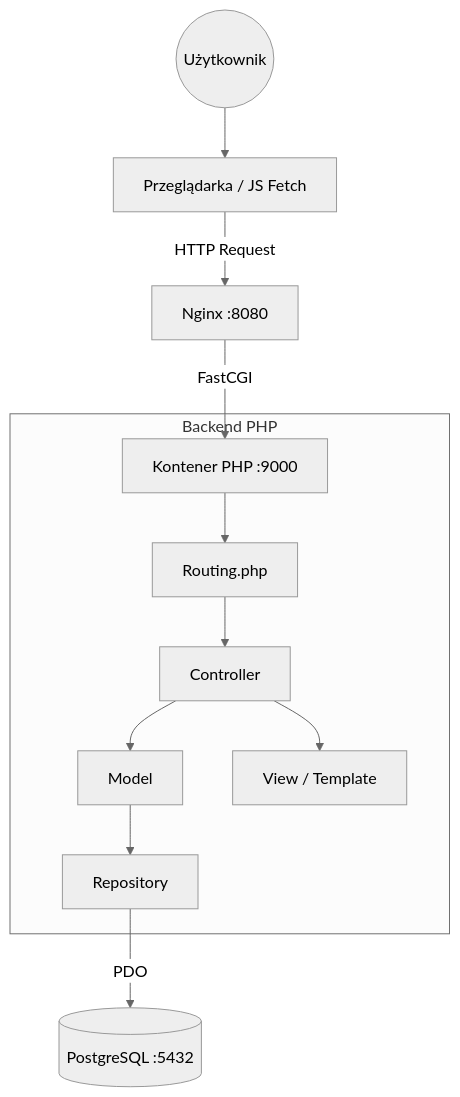
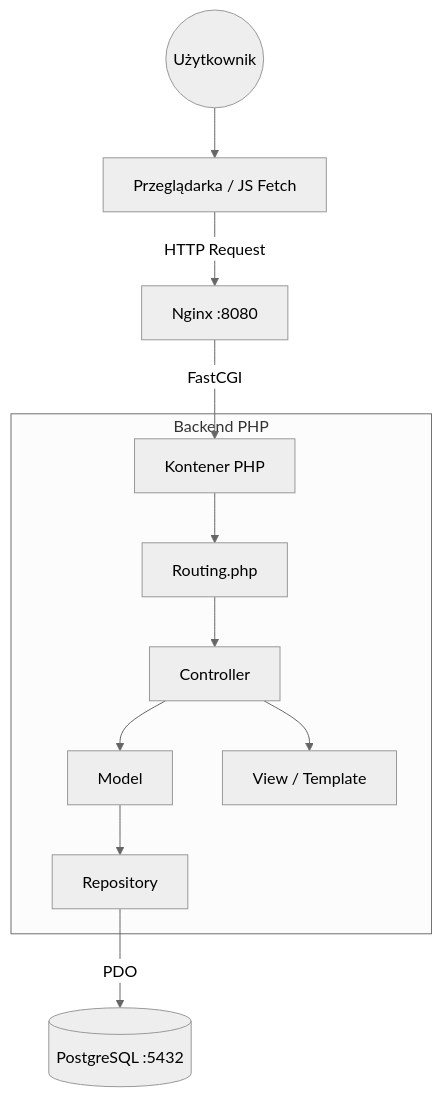
Before and after one commit to styliana/SPOT: the first of 2 diagrams in README.md, drawn with Mermaid (neutral theme). The commit also changed other lines of this file, not shown here.

````diff
--- a/README.md
+++ b/README.md
@@ -50,16 +50,16 @@
 ```mermaid
 graph TD
     User((Użytkownik)) --> Browser[Przeglądarka / JS Fetch]
     Browser -- HTTP Request --> Nginx[Nginx :8080]
-    Nginx -- FastCGI --> PHP[Kontener PHP :9000]
+    Nginx -- FastCGI --> PHP[Kontener PHP]
     
     subgraph Backend PHP
     PHP --> Router[Routing.php]
     Router --> Controller[Controller]
     Controller --> Model[Model]
     Controller --> View[View / Template]
     Model --> Repo[Repository]
     end
     
     Repo -- PDO --> DB[(PostgreSQL :5432)]
 ```
````
